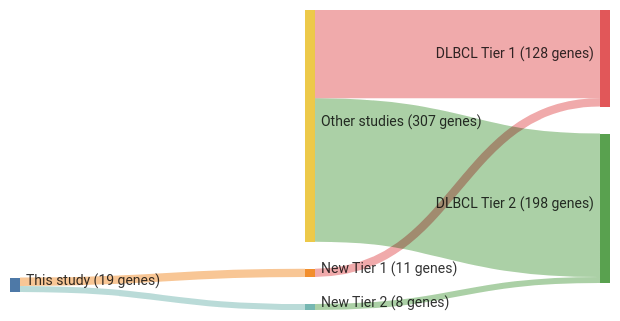
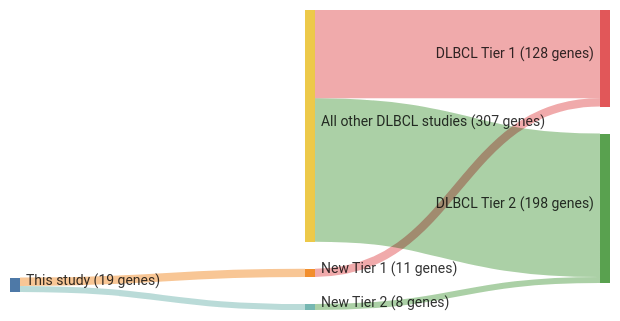
Before and after one commit to morinlab/lymphopedia: the diagram in papers/zhangGeneticHeterogeneityDiffuse2013.md, drawn with Mermaid. The commit also changed 82 other files, not shown here.

````diff
--- a/papers/zhangGeneticHeterogeneityDiffuse2013.md
+++ b/papers/zhangGeneticHeterogeneityDiffuse2013.md
@@ -12,20 +12,20 @@
 ```mermaid
 ---
 config:
     sankey:
         showValues: true
         linkColor: target
         width: 600
         height: 300
         nodeAlignment: right
         prefix: '('
         suffix: ' genes)'
 ---
 sankey-beta
 This study, New Tier 1, 11
 New Tier 1, DLBCL Tier 1, 11
 This study, New Tier 2, 8
 New Tier 2, DLBCL Tier 2, 8
-Other studies, DLBCL Tier 1, 117
-Other studies, DLBCL Tier 2, 190
+All other DLBCL studies, DLBCL Tier 1, 117
+All other DLBCL studies, DLBCL Tier 2, 190
 ```
````
